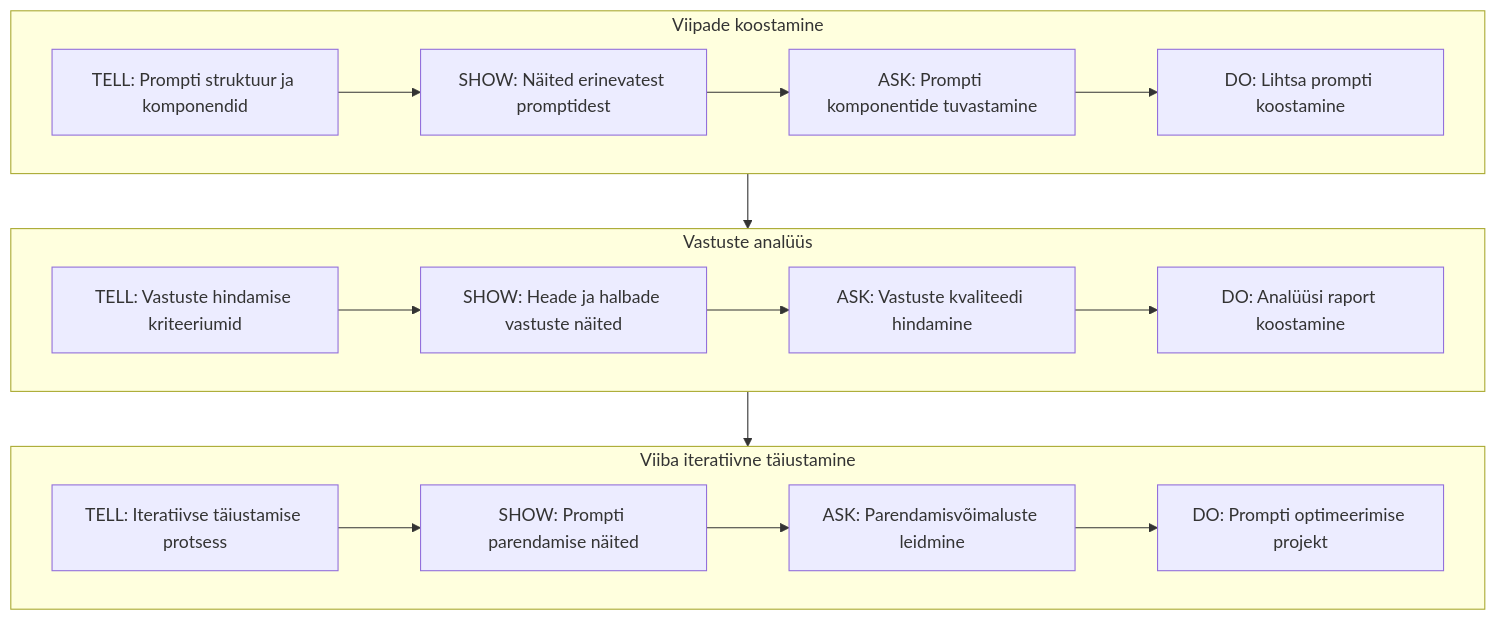
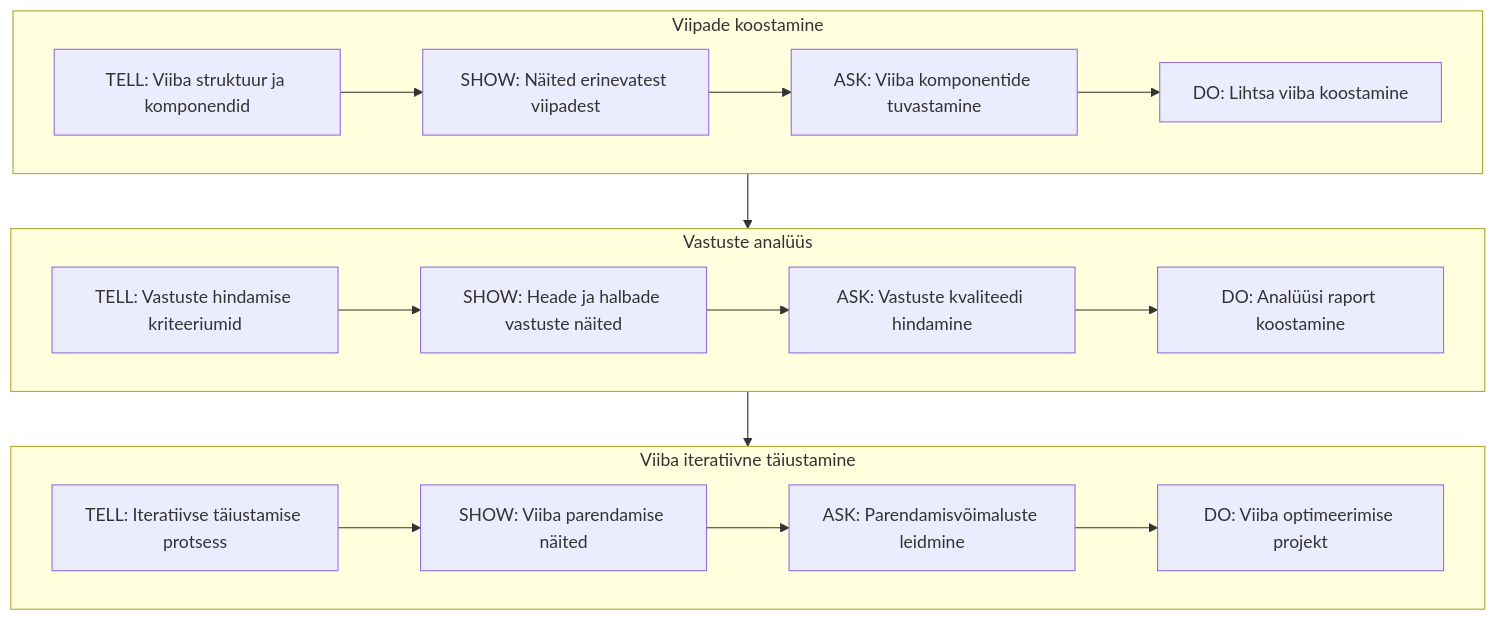
The first of 2 diagrams in prompts.md (TLUHK-RIF20-Juho/ai-learn), drawn with Mermaid before and after one commit. The commit also changed other lines of this file, not shown here.

Commit message:
fix: mermaid diagram

````diff
--- a/prompts.md
+++ b/prompts.md
@@ -6,28 +9,28 @@
 ```mermaid
 flowchart TB
     subgraph Tegum1[Viipade koostamine]
-    t1[TELL: Prompti struktuur ja komponendid]
-    t2[SHOW: Näited erinevatest promptidest]
-    t3[ASK: Prompti komponentide tuvastamine]
-    t4[DO: Lihtsa prompti koostamine]
+    t1[TELL: Viiba struktuur ja komponendid]
+    t2[SHOW: Näited erinevatest viipadest]
+    t3[ASK: Viiba komponentide tuvastamine]
+    t4[DO: Lihtsa viiba koostamine]
     t1 --> t2 --> t3 --> t4
     end
 
     subgraph Tegum2[Vastuste analüüs]
     a1[TELL: Vastuste hindamise kriteeriumid]
     a2[SHOW: Heade ja halbade vastuste näited]
     a3[ASK: Vastuste kvaliteedi hindamine]
     a4[DO: Analüüsi raport koostamine]
     a1 --> a2 --> a3 --> a4
     end
 
     subgraph Tegum3[Viiba iteratiivne täiustamine]
     i1[TELL: Iteratiivse täiustamise protsess]
-    i2[SHOW: Prompti parendamise näited]
+    i2[SHOW: Viiba parendamise näited]
     i3[ASK: Parendamisvõimaluste leidmine]
-    i4[DO: Prompti optimeerimise projekt]
+    i4[DO: Viiba optimeerimise projekt]
     i1 --> i2 --> i3 --> i4
     end
 
     Tegum1 --> Tegum2 --> Tegum3
 ```
````
